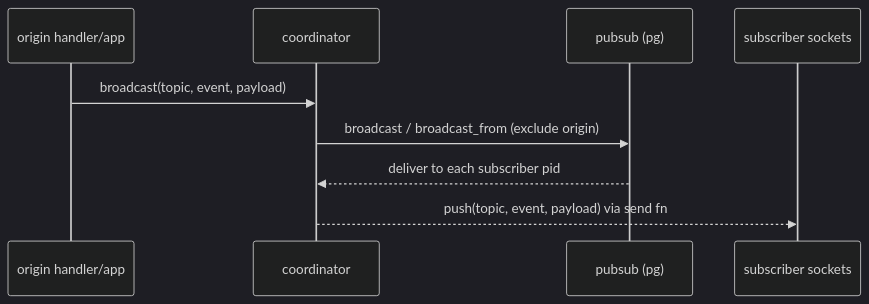
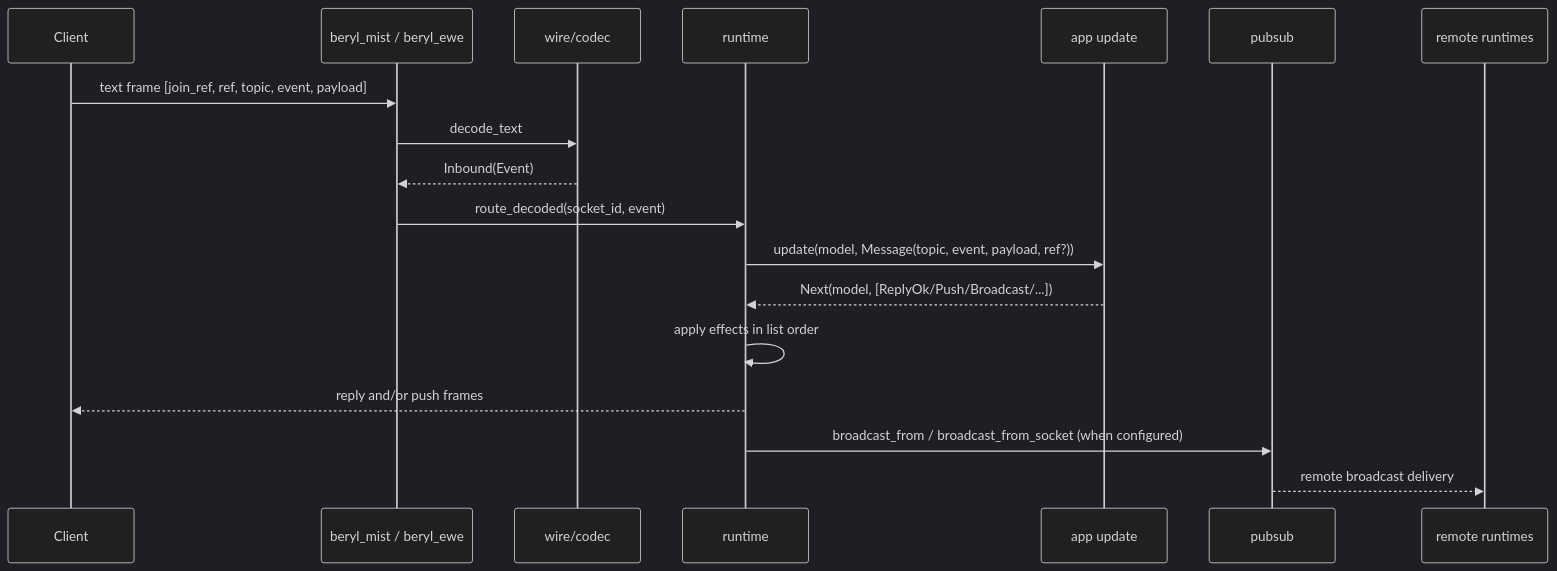
One commit to tylerbutler/beryl changed the third of 5 diagrams in website/src/content/docs/architecture/message-lifecycle.md. Above: the diagram before and after it, drawn with Mermaid (dark theme). The commit also changed other lines of this file and 52 other files, not shown here.

````diff
--- a/website/src/content/docs/architecture/message-lifecycle.md
+++ b/website/src/content/docs/architecture/message-lifecycle.md
@@ -62,11 +54,20 @@
 ```mermaid
 sequenceDiagram
-  participant Origin as origin handler/app
-  participant Coord as coordinator
-  participant PS as pubsub (pg)
-  participant Subs as subscriber sockets
-  Origin->>Coord: broadcast(topic, event, payload)
-  Coord->>PS: broadcast / broadcast_from (exclude origin)
-  PS-->>Coord: deliver to each subscriber pid
-  Coord-->>Subs: push(topic, event, payload) via send fn
+  participant Client
+  participant Transport as beryl_mist / beryl_ewe
+  participant Wire as wire/codec
+  participant Runtime as runtime
+  participant App as app update
+  participant PS as pubsub
+  participant Remote as remote runtimes
+  Client->>Transport: text frame [join_ref, ref, topic, event, payload]
+  Transport->>Wire: decode_text
+  Wire-->>Transport: Inbound(Event)
+  Transport->>Runtime: route_decoded(socket_id, event)
+  Runtime->>App: update(model, Message(topic, event, payload, ref?))
+  App-->>Runtime: Next(model, [ReplyOk/Push/Broadcast/...])
+  Runtime->>Runtime: apply effects in list order
+  Runtime-->>Client: reply and/or push frames
+  Runtime->>PS: broadcast_from / broadcast_from_socket (when configured)
+  PS-->>Remote: remote broadcast delivery
 ```
````
